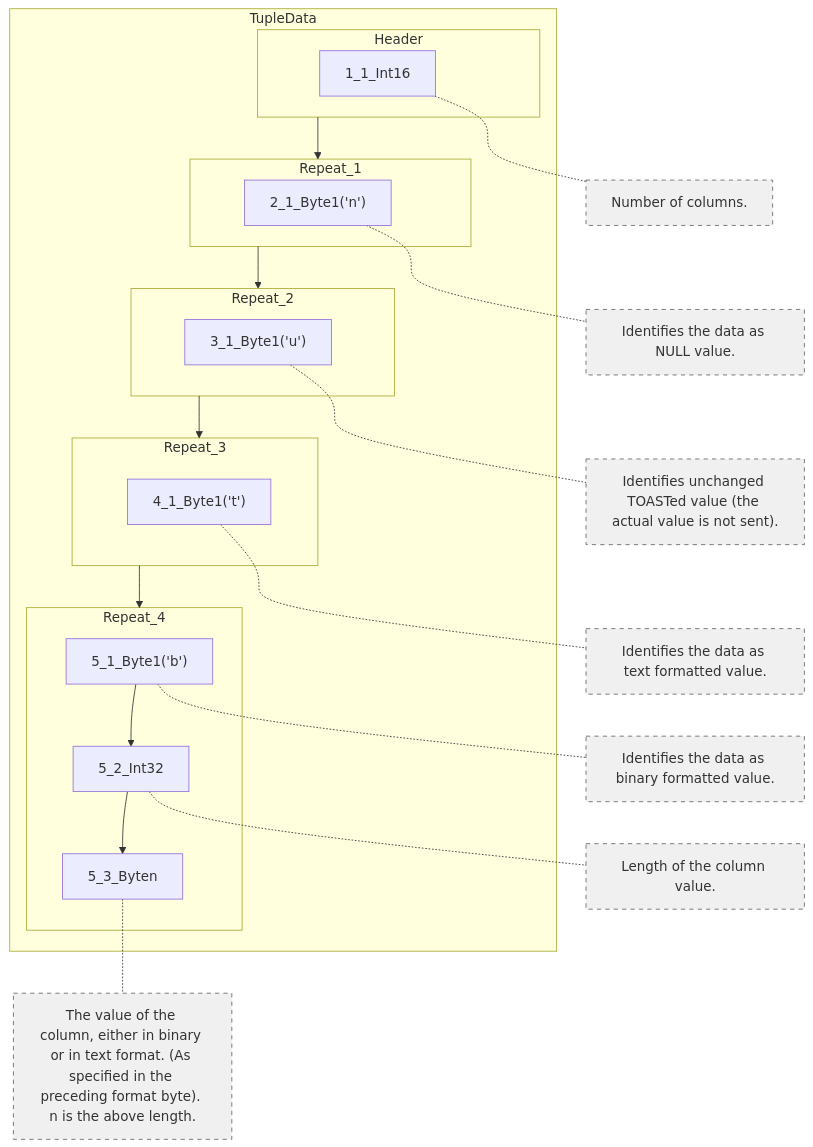
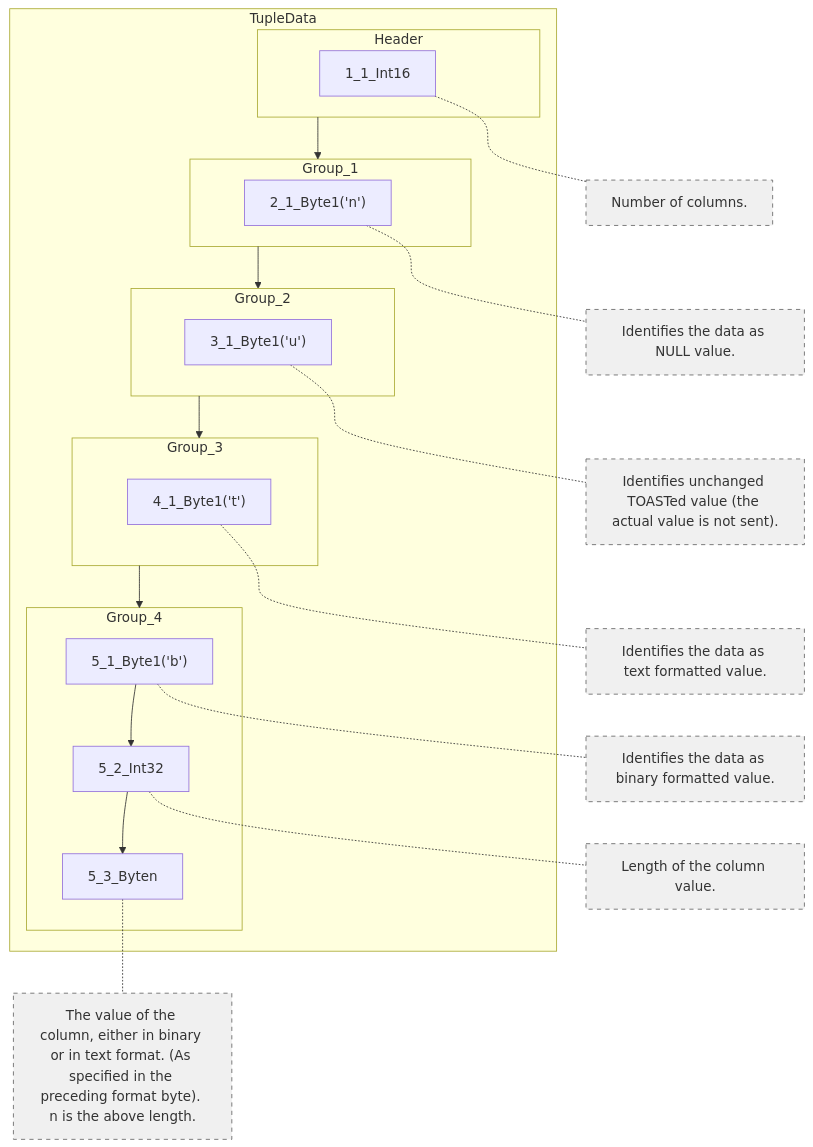
Diagram 13 of 20 in PG18_logicalrep-message-formats.md (ywchae1209/DBMS_CDC), drawn with Mermaid before and after one commit. The commit also changed other lines of this file, not shown here.

````diff
--- a/PG18_logicalrep-message-formats.md
+++ b/PG18_logicalrep-message-formats.md
@@ -339,38 +342,38 @@
 ```mermaid
 graph TD
   subgraph TupleData ["TupleData"]
     subgraph header_0 ["Header"]
       1_1_Int16["1_1_Int16"]
     end
-    subgraph repeat_1_1 ["Repeat_1"]
+    subgraph group_1_1 ["Group_1"]
       2_1_Byte1__n__["2_1_Byte1('n')"]
     end
-    header_0 --> repeat_1_1
-    subgraph repeat_2_2 ["Repeat_2"]
+    header_0 --> group_1_1
+    subgraph group_2_2 ["Group_2"]
       3_1_Byte1__u__["3_1_Byte1('u')"]
     end
-    repeat_1_1 --> repeat_2_2
-    subgraph repeat_3_3 ["Repeat_3"]
+    group_1_1 --> group_2_2
+    subgraph group_3_3 ["Group_3"]
       4_1_Byte1__t__["4_1_Byte1('t')"]
     end
-    repeat_2_2 --> repeat_3_3
-    subgraph repeat_4_4 ["Repeat_4"]
+    group_2_2 --> group_3_3
+    subgraph group_4_4 ["Group_4"]
       5_1_Byte1__b__["5_1_Byte1('b')"]
       5_2_Int32["5_2_Int32"]
       5_1_Byte1__b__ --> 5_2_Int32
       5_3_Byten["5_3_Byten"]
       5_2_Int32 --> 5_3_Byten
     end
-    repeat_3_3 --> repeat_4_4
+    group_3_3 --> group_4_4
   end
 
     1_1_Int16 -.- desc_1_1_Int16["Number of columns."]
     2_1_Byte1__n__ -.- desc_2_1_Byte1__n__["Identifies the data as NULL value."]
     3_1_Byte1__u__ -.- desc_3_1_Byte1__u__["Identifies unchanged TOASTed value (the actual value is not sent)."]
     4_1_Byte1__t__ -.- desc_4_1_Byte1__t__["Identifies the data as text formatted value."]
     5_1_Byte1__b__ -.- desc_5_1_Byte1__b__["Identifies the data as binary formatted value."]
     5_2_Int32 -.- desc_5_2_Int32["Length of the column value."]
     5_3_Byten -.- desc_5_3_Byten["The value of the column, either in binary or in text format. (As specified in the preceding format byte). n is the above length."]
   classDef comment fill:#f0f0f0,stroke:#666,stroke-dasharray: 5 5;
   class desc_1_1_Int16,desc_2_1_Byte1__n__,desc_3_1_Byte1__u__,desc_4_1_Byte1__t__,desc_5_1_Byte1__b__,desc_5_2_Int32,desc_5_3_Byten comment;
 ```
````
